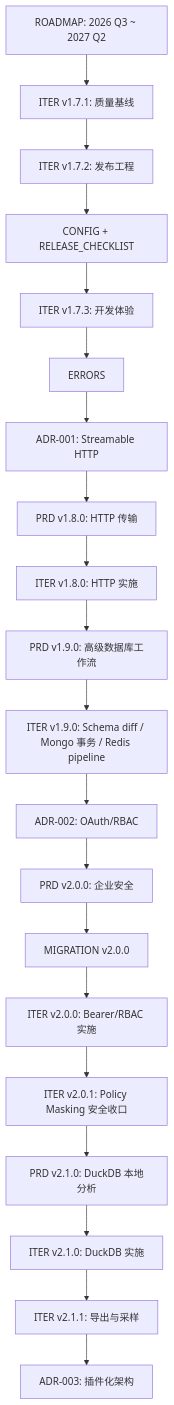
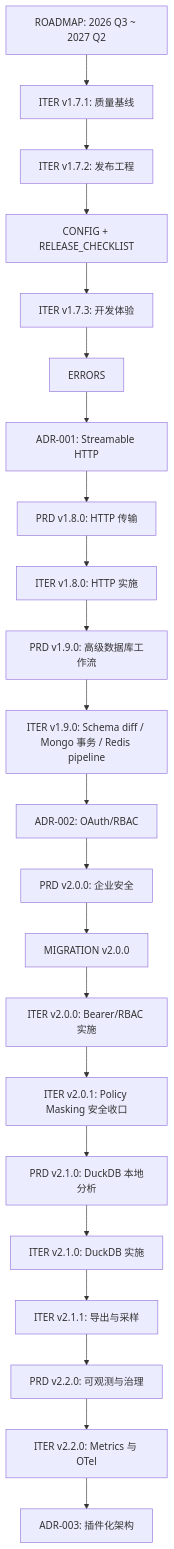
The diagram in docs/INDEX.md (yclenove/polyglot-db-mcp-server), drawn with Mermaid before and after one commit. The commit also changed other lines of this file and 20 other files, not shown here.

````diff
--- a/docs/INDEX.md
+++ b/docs/INDEX.md
@@ -178,22 +184,24 @@
 ```mermaid
 flowchart TD
   A[ROADMAP: 2026 Q3 ~ 2027 Q2] --> B[ITER v1.7.1: 质量基线]
   B --> C[ITER v1.7.2: 发布工程]
   C --> D[CONFIG + RELEASE_CHECKLIST]
   D --> E[ITER v1.7.3: 开发体验]
   E --> F[ERRORS]
   F --> G[ADR-001: Streamable HTTP]
   G --> H[PRD v1.8.0: HTTP 传输]
   H --> I[ITER v1.8.0: HTTP 实施]
   I --> J[PRD v1.9.0: 高级数据库工作流]
   J --> K[ITER v1.9.0: Schema diff / Mongo 事务 / Redis pipeline]
   K --> L[ADR-002: OAuth/RBAC]
   L --> M[PRD v2.0.0: 企业安全]
   M --> N[MIGRATION v2.0.0]
   N --> O[ITER v2.0.0: Bearer/RBAC 实施]
   O --> P[ITER v2.0.1: Policy Masking 安全收口]
   P --> Q[PRD v2.1.0: DuckDB 本地分析]
   Q --> R[ITER v2.1.0: DuckDB 实施]
   R --> S[ITER v2.1.1: 导出与采样]
-  S --> T[ADR-003: 插件化架构]
+  S --> T[PRD v2.2.0: 可观测与治理]
+  T --> U[ITER v2.2.0: Metrics 与 OTel]
+  U --> V[ADR-003: 插件化架构]
 ```
````
